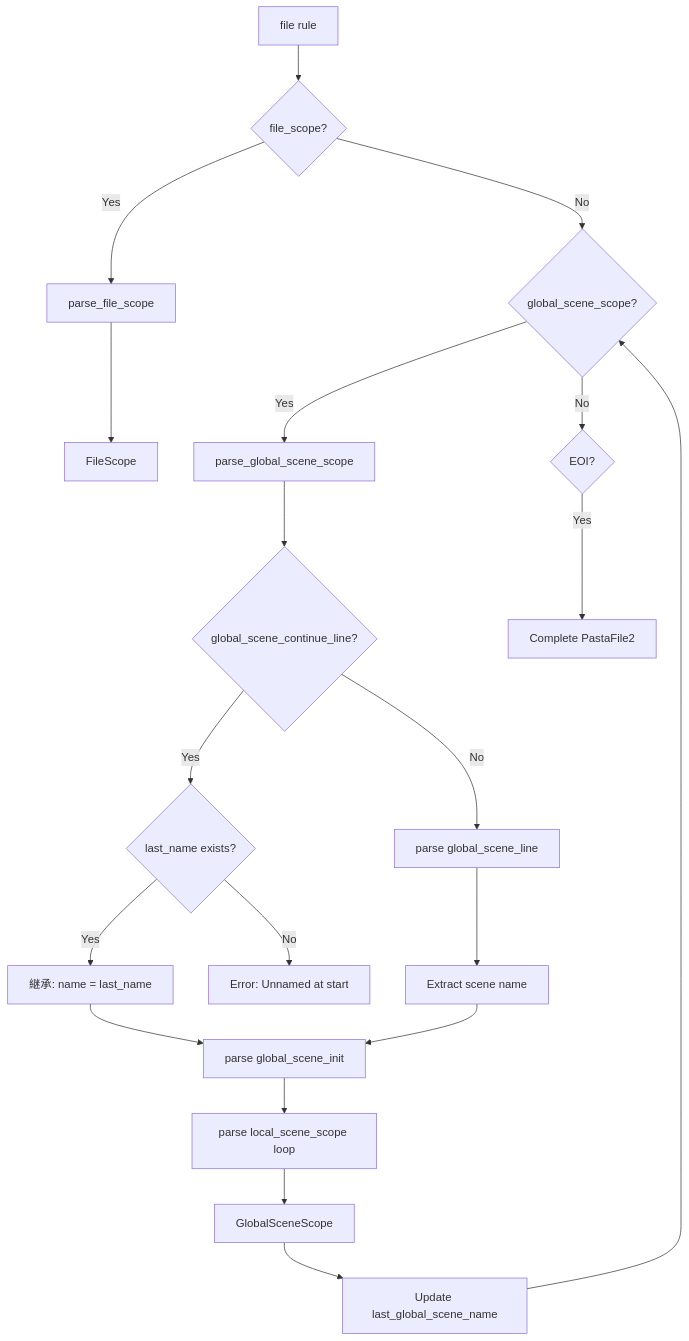
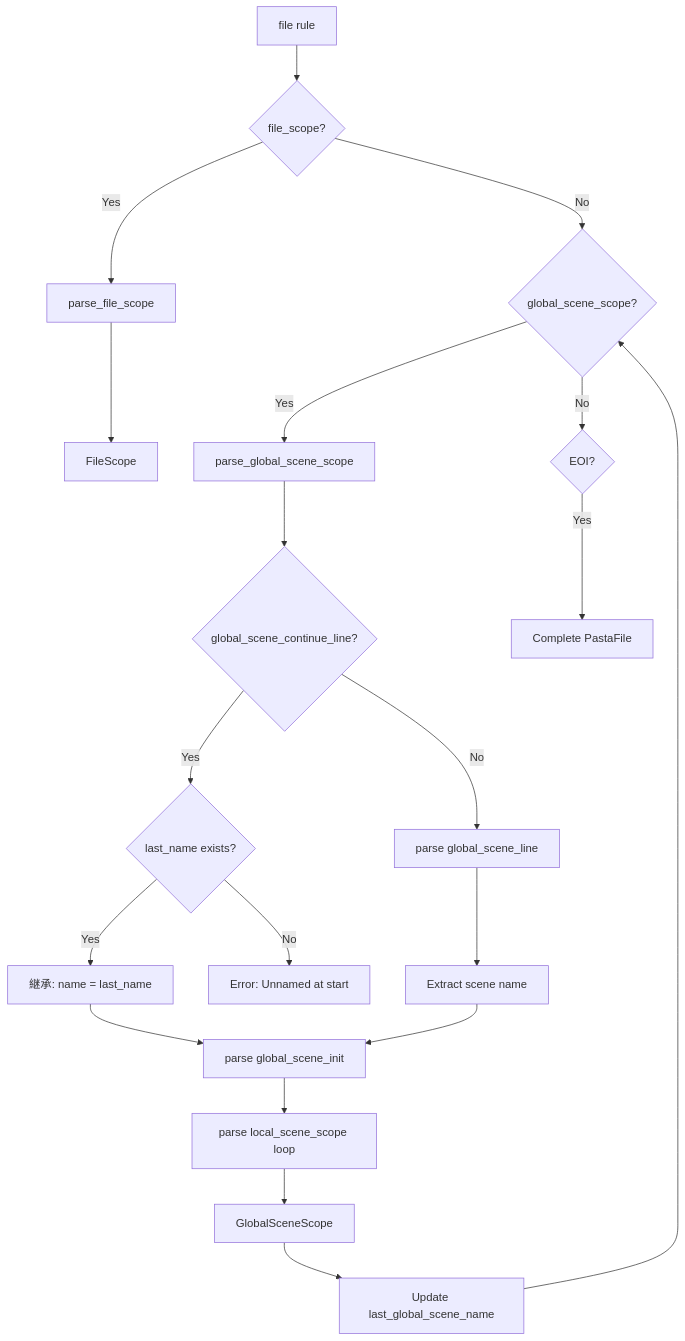
One commit to ekicyou/pasta changed the third of 4 diagrams in .kiro/specs/parser2-pest-migration/design.md. Above: the diagram before and after it, drawn with Mermaid. The commit also changed other lines of this file and 2 other files, not shown here.

````diff
--- a/.kiro/specs/parser2-pest-migration/design.md
+++ b/.kiro/specs/parser2-pest-migration/design.md
@@ -156,25 +156,25 @@
 ```mermaid
 flowchart TD
     A[file rule] --> B{file_scope?}
     B -->|Yes| C[parse_file_scope]
     C --> D[FileScope]
     B -->|No| E{global_scene_scope?}
     
     E -->|Yes| F[parse_global_scene_scope]
     F --> G{global_scene_continue_line?}
     G -->|Yes| H{last_name exists?}
     H -->|Yes| I[継承: name = last_name]
     H -->|No| J[Error: Unnamed at start]
     G -->|No| K[parse global_scene_line]
     K --> L[Extract scene name]
     
     I --> M[parse global_scene_init]
     L --> M
     M --> N[parse local_scene_scope loop]
     N --> O[GlobalSceneScope]
     O --> P[Update last_global_scene_name]
     
     E -->|No| Q{EOI?}
-    Q -->|Yes| R[Complete PastaFile2]
+    Q -->|Yes| R[Complete PastaFile]
     P --> E
 ```
````
